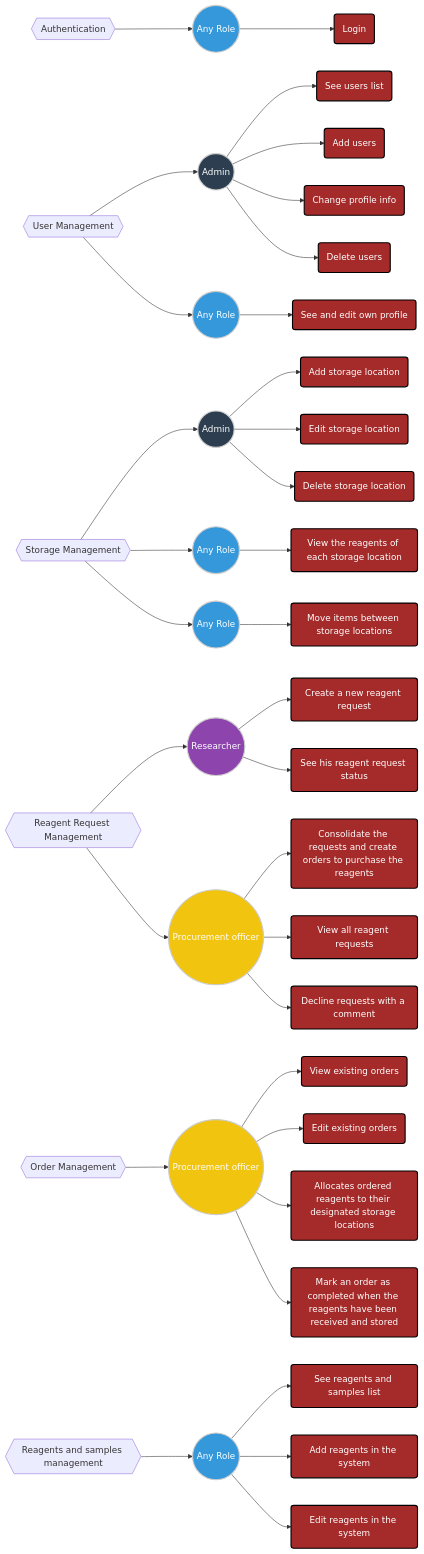
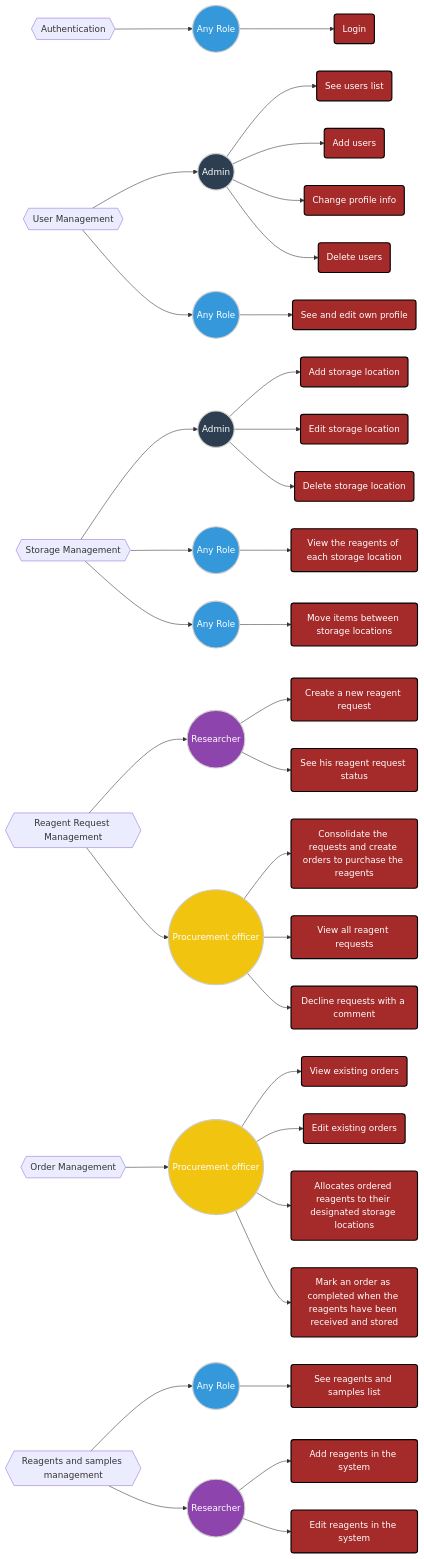
One commit to Quantori-Academy/apt-frontend changed the first of 3 diagrams in README.md. Above: the diagram before and after it, drawn with Mermaid. The commit also changed other lines of this file and 3 other files, not shown here.

Commit message:
Docs: update diagrams and readme

```diff
--- a/README.md
+++ b/README.md
@@ -103,9 +104,11 @@
 
     %% Reagents and samples management
     RSM{{Reagents and samples management}} --> UserRSMQ((Any Role))
+    RSM-->UserRSMR((Researcher))
+
     UserRSMQ --> SeeReagentsSamples(See reagents and samples list)
-    UserRSMQ --> AddReagentsSamples(Add reagents in the system)
-    UserRSMQ --> EditReagentsSamples(Edit reagents in the system)
+    UserRSMR --> AddReagentsSamples(Add reagents in the system)
+    UserRSMR --> EditReagentsSamples(Edit reagents in the system)
 
 
 
@@ -126,7 +129,7 @@
     %% Applying role class
     class AdminUM,AdminSM admin;
     class OfficerRRM,OfficerOM officer;
-    class ResearcherRRM researcher;
+    class ResearcherRRM,UserRSMR researcher;
     class User,UserUM,UserSM,UserRSM,UserSMResOfficer,UserRSMQ user;
 
     %% Applying priority class
```
